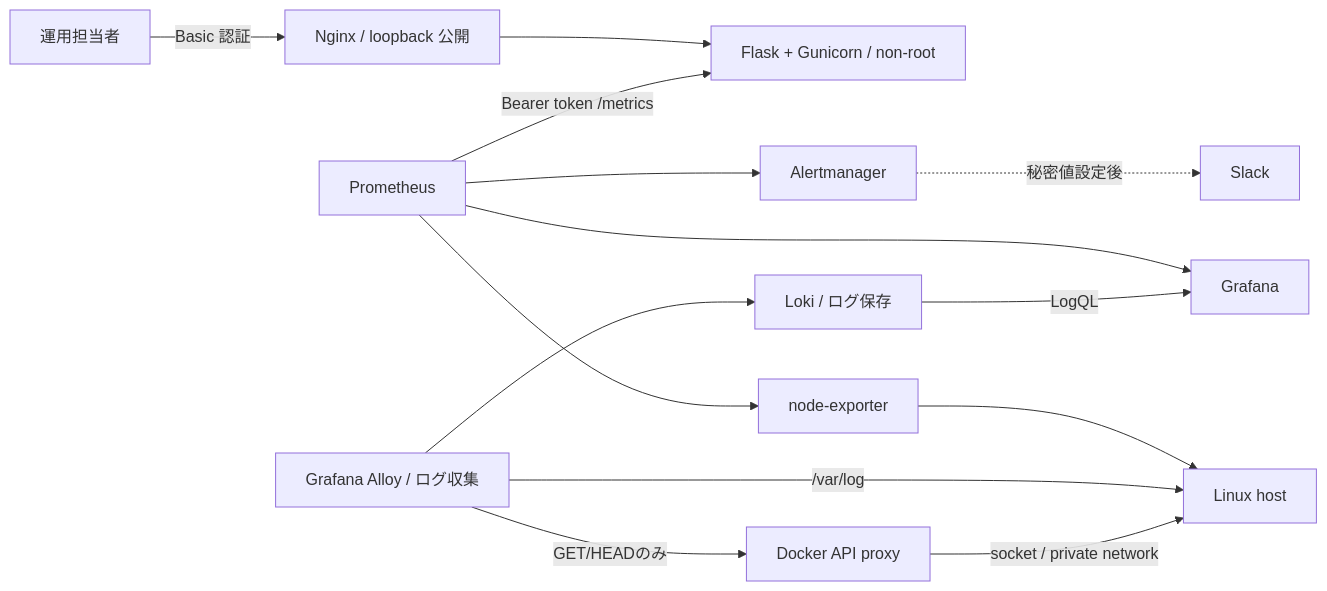
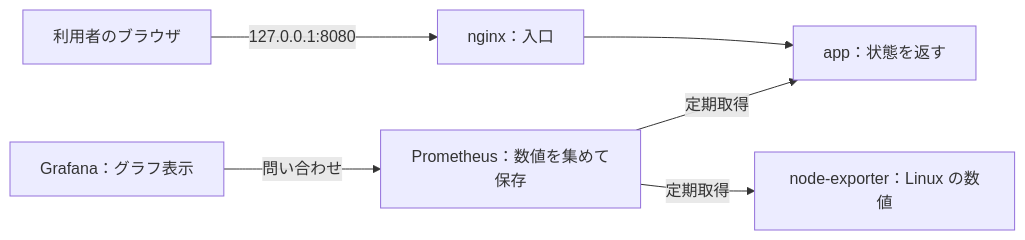
One commit to ns7jp/server changed the diagram in README.md. Above: the diagram before and after it, drawn with Mermaid. The commit also changed other lines of this file and 5 other files, not shown here.

Commit message:
docs: teach the lab through a minimal app and nginx practice (#155)

````diff
--- a/README.md
+++ b/README.md
@@ -141,16 +34,8 @@
 ```mermaid
 flowchart LR
-    Operator["運用担当者"] -->|"Basic 認証"| Nginx["Nginx / loopback 公開"]
-    Nginx --> App["Flask + Gunicorn / non-root"]
-    Prometheus -->|"Bearer token /metrics"| App
-    Prometheus --> Exporter["node-exporter"]
-    Exporter --> Host["Linux host"]
-    Prometheus --> Grafana
-    Prometheus --> Alertmanager
-    Alertmanager -.->|"秘密値設定後"| Slack["Slack"]
-    Alloy["Grafana Alloy / ログ収集"] -->|"/var/log"| Host
-    Alloy -->|"GET/HEADのみ"| DockerProxy["Docker API proxy"]
-    DockerProxy -->|"socket / private network"| Host
-    Alloy --> Loki["Loki / ログ保存"]
-    Loki -->|"LogQL"| Grafana
+    Browser["利用者のブラウザ"] -->|"127.0.0.1:8080"| Nginx["nginx：入口"]
+    Nginx --> App["app：状態を返す"]
+    Prometheus["Prometheus：数値を集めて保存"] -->|"定期取得"| App
+    Prometheus -->|"定期取得"| Node["node-exporter：Linux の数値"]
+    Grafana["Grafana：グラフ表示"] -->|"問い合わせ"| Prometheus
 ```
````
